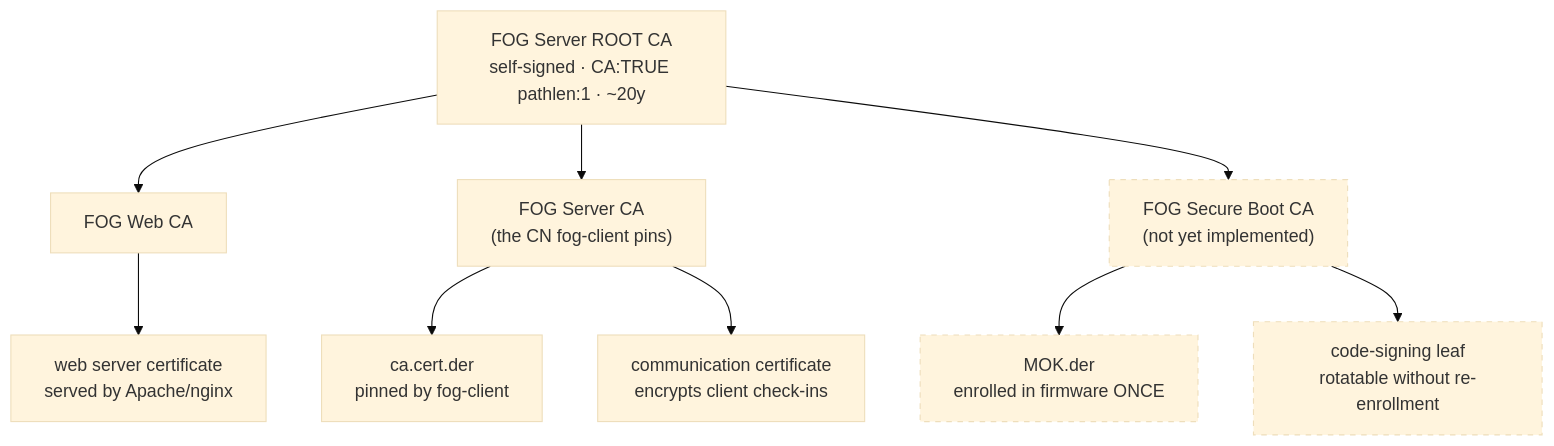
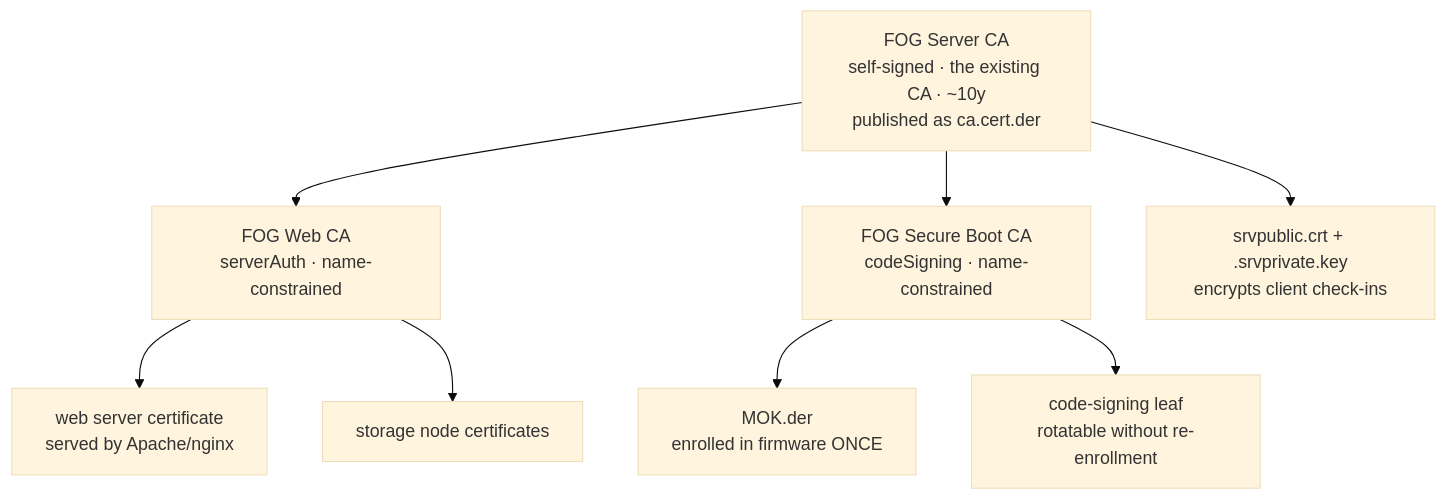
One commit to FOGProject/fogproject changed the diagram in docs/PKI_ZONES.md. Above: the diagram before and after it, drawn with Mermaid (base theme). The commit also changed other lines of this file and 3 other files, not shown here.

````diff
--- a/docs/PKI_ZONES.md
+++ b/docs/PKI_ZONES.md
@@ -62,17 +50,12 @@
 ```mermaid
 graph TD
-    Root["FOG Server ROOT CA<br/>self-signed · CA:TRUE pathlen:1 · ~20y"]
-    Root --> WebCA["FOG Web CA"]
-    Root --> ClientCA["FOG Server CA<br/>(the CN fog-client pins)"]
-    Root --> SBCA["FOG Secure Boot CA<br/>(not yet implemented)"]
+    Root["FOG Server CA<br/>self-signed · the existing CA · ~10y<br/>published as ca.cert.der"]
+    Root --> WebCA["FOG Web CA<br/>serverAuth · name-constrained"]
+    Root --> SBCA["FOG Secure Boot CA<br/>codeSigning · name-constrained"]
+    Root --> Comm["srvpublic.crt + .srvprivate.key<br/>encrypts client check-ins"]
 
     WebCA --> WebLeaf["web server certificate<br/>served by Apache/nginx"]
-    ClientCA --> Pin["ca.cert.der<br/>pinned by fog-client"]
-    ClientCA --> Comm["communication certificate<br/>encrypts client check-ins"]
+    WebCA --> NodeLeaf["storage node certificates"]
     SBCA --> MOK["MOK.der<br/>enrolled in firmware ONCE"]
     SBCA --> Sign["code-signing leaf<br/>rotatable without re-enrollment"]
-
-    style SBCA stroke-dasharray: 5 5
-    style MOK stroke-dasharray: 5 5
-    style Sign stroke-dasharray: 5 5
 ```
````
